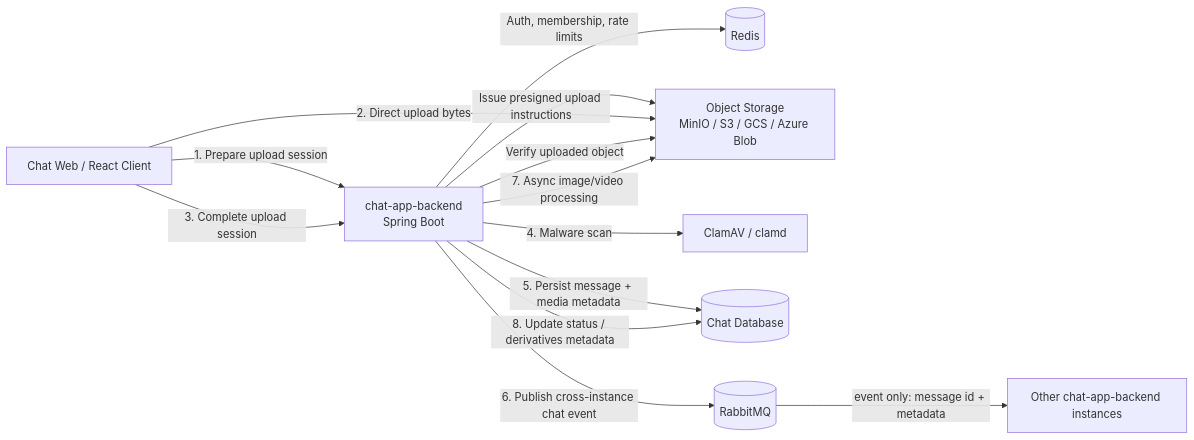
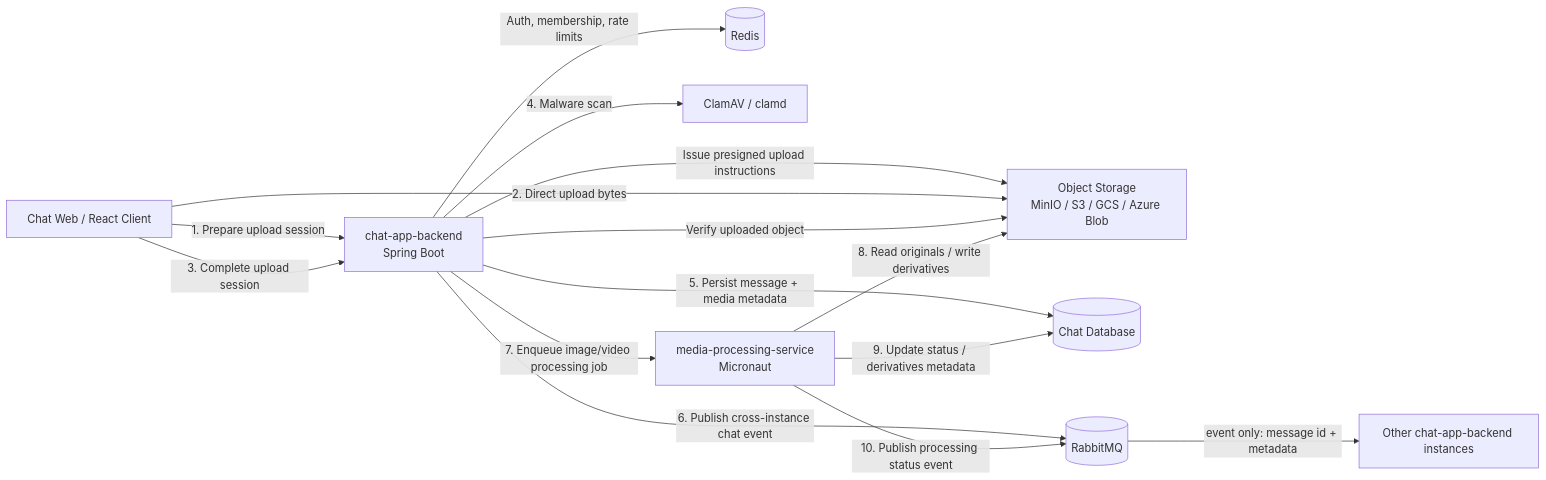
One commit to anhtuta/chat-app changed the first of 2 diagrams in docs/12_MEDIA_CHAT_SUPPORT_DRAFT.md. Above: the diagram before and after it, drawn with Mermaid. The commit also changed other lines of this file, not shown here.

````diff
--- a/docs/12_MEDIA_CHAT_SUPPORT_DRAFT.md
+++ b/docs/12_MEDIA_CHAT_SUPPORT_DRAFT.md
@@ -187,15 +187,17 @@
 ```mermaid
 flowchart LR
     A[Chat Web / React Client] -->|1. Prepare upload session| B[chat-app-backend\nSpring Boot]
     B -->|Auth, membership, rate limits| C[(Redis)]
     B -->|Issue presigned upload instructions| D[Object Storage\nMinIO / S3 / GCS / Azure Blob]
     A -->|2. Direct upload bytes| D
     A -->|3. Complete upload session| B
     B -->|Verify uploaded object| D
     B -->|4. Malware scan| F[ClamAV / clamd]
     B -->|5. Persist message + media metadata| E[(Chat Database)]
     B -->|6. Publish cross-instance chat event| G[(RabbitMQ)]
     G -->|event only: message id + metadata| H[Other chat-app-backend instances]
-    B -->|7. Async image/video processing| D
-    B -->|8. Update status / derivatives metadata| E
+    B -->|7. Enqueue image/video processing job| I[media-processing-service\nMicronaut]
+    I -->|8. Read originals / write derivatives| D
+    I -->|9. Update status / derivatives metadata| E
+    I -->|10. Publish processing status event| G
 ```
````
